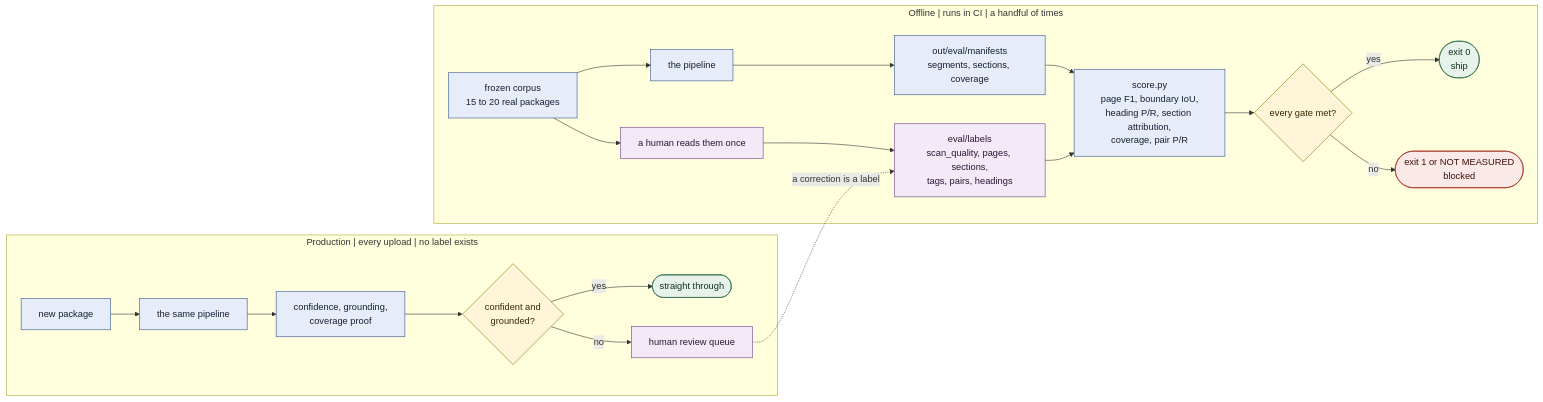
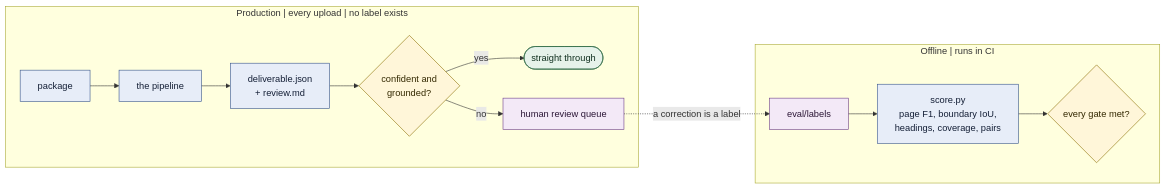
The second of 2 diagrams in README.md (strudel0209/goselectcopilot-pipeline), drawn with Mermaid before and after one commit. The commit also changed other lines of this file and 10 other files, not shown here.

````diff
--- a/README.md
+++ b/README.md
@@ -389,46 +406,22 @@
 ```mermaid
 flowchart LR
     classDef off fill:#e7edf8,stroke:#33518a,color:#141f36,stroke-width:1px
     classDef human fill:#f3e9f7,stroke:#6b3b86,color:#2b1636,stroke-width:1px
     classDef gate fill:#fff6d9,stroke:#8a6d00,color:#332800,stroke-width:1px
     classDef good fill:#e6f2ea,stroke:#2f6b46,color:#10301f,stroke-width:1px
-    classDef bad fill:#fbe9e7,stroke:#a33227,color:#3d100b,stroke-width:1px
 
-    subgraph OFF["Offline | runs in CI | a handful of times"]
-        CORPUS["frozen corpus<br/>15 to 20 real packages"]:::off
-        PIPE1["the pipeline"]:::off
-        MANI["out/eval/manifests<br/>segments, sections, coverage"]:::off
-        READ["a human reads them once"]:::human
-        LABELS["eval/labels<br/>scan_quality, pages, sections,<br/>tags, pairs, headings"]:::human
-        SCORE["score.py<br/>page F1, boundary IoU,<br/>heading P/R, section attribution,<br/>coverage, pair P/R"]:::off
-        VERD{"every gate met?"}:::gate
-        PASS(["exit 0<br/>ship"]):::good
-        STOP(["exit 1 or NOT MEASURED<br/>blocked"]):::bad
+    subgraph PROD["Production | every upload | no label exists"]
+        NEW["package"]:::off --> PIPE["the pipeline"]:::off
+        PIPE --> DELIV["deliverable.json<br/>+ review.md"]:::off
+        DELIV --> CONF{"confident and<br/>grounded?"}:::gate
+        CONF -->|yes| THRU(["straight through"]):::good
+        CONF -->|no| REVQ["human review queue"]:::human
     end
 
-    subgraph PROD["Production | every upload | no label exists"]
-        NEW["new package"]:::off
-        PIPE2["the same pipeline"]:::off
-        SIG["confidence, grounding,<br/>coverage proof"]:::off
-        CONF{"confident and<br/>grounded?"}:::gate
-        THRU(["straight through"]):::good
-        REVQ["human review queue"]:::human
+    subgraph OFF["Offline | runs in CI"]
+        LABELS["eval/labels"]:::human --> SCORE["score.py<br/>page F1, boundary IoU,<br/>headings, coverage, pairs"]:::off
+        SCORE --> VERD{"every gate met?"}:::gate
     end
 
-    CORPUS --> PIPE1
-    CORPUS --> READ
-    PIPE1 --> MANI
-    READ --> LABELS
-    MANI --> SCORE
-    LABELS --> SCORE
-    SCORE --> VERD
-    VERD -->|yes| PASS
-    VERD -->|no| STOP
-
-    NEW --> PIPE2
-    PIPE2 --> SIG
-    SIG --> CONF
-    CONF -->|yes| THRU
-    CONF -->|no| REVQ
     REVQ -.->|a correction is a label| LABELS
 ```
````
